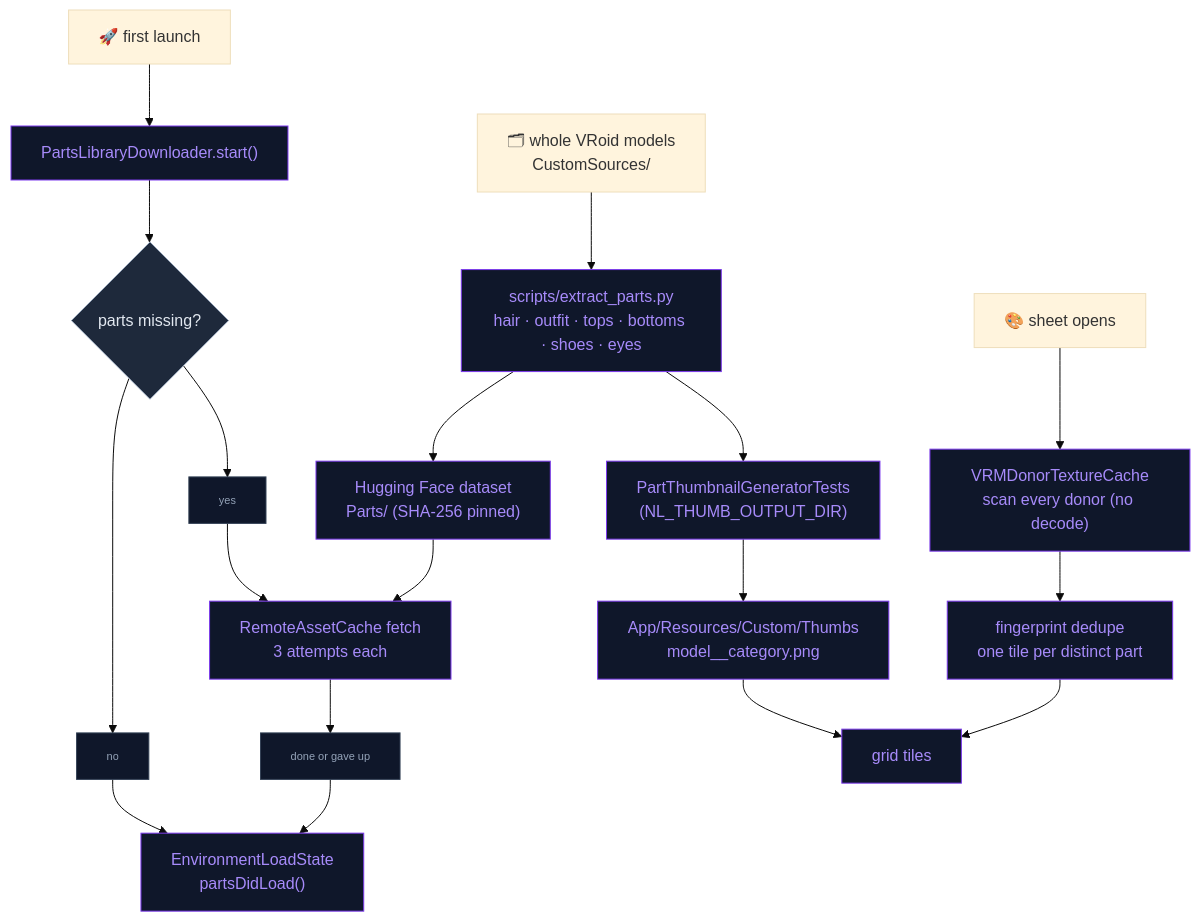
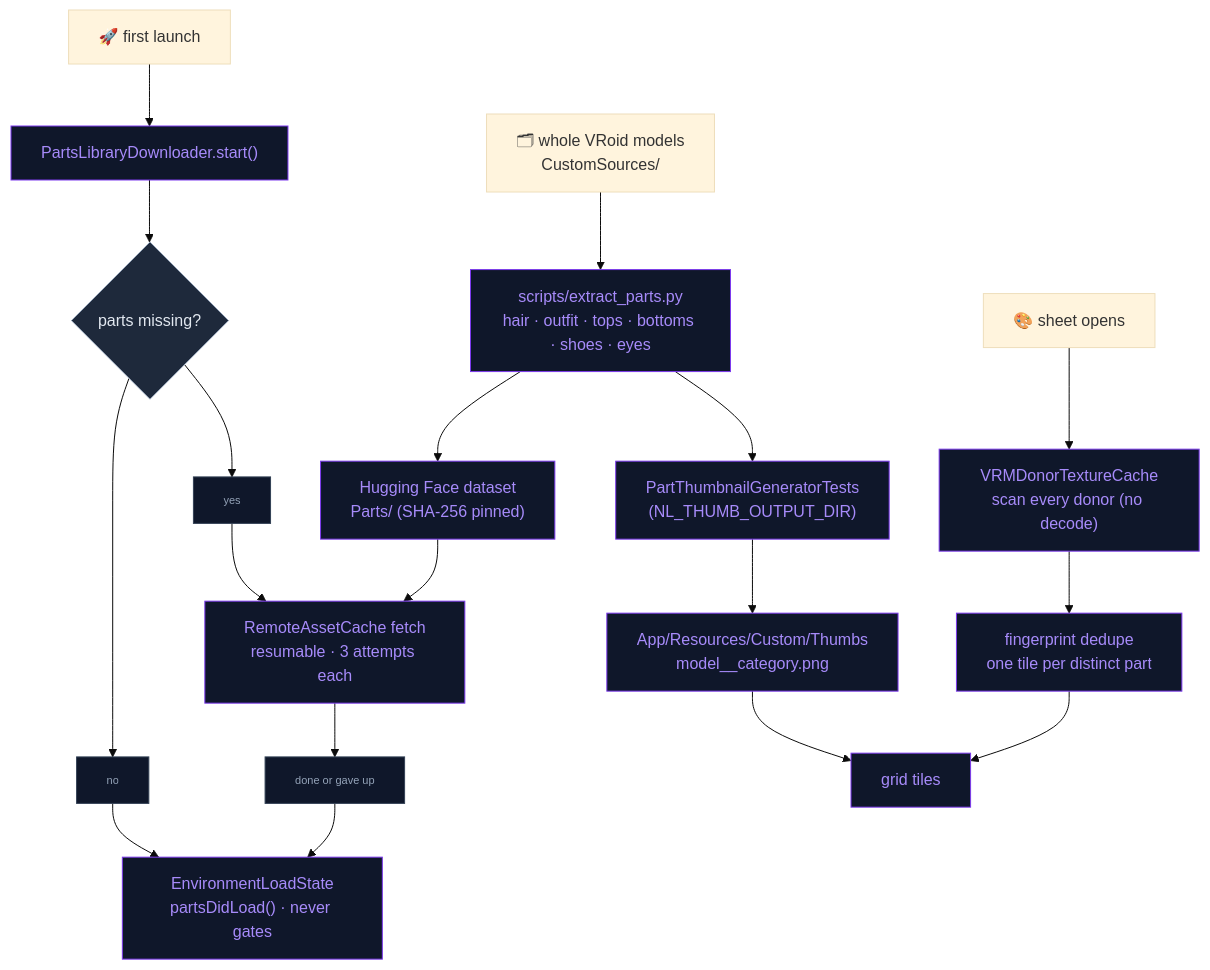
One commit to kevinliddel/NeuraLink changed the third of 3 diagrams in docs/CHARACTER_CUSTOMIZATION.md. Above: the diagram before and after it, drawn with Mermaid (base theme). The commit also changed other lines of this file and 84 other files, not shown here.

````diff
--- a/docs/CHARACTER_CUSTOMIZATION.md
+++ b/docs/CHARACTER_CUSTOMIZATION.md
@@ -314,30 +317,30 @@
 ```mermaid
 flowchart TD
     SRC["🗂 whole VRoid models<br/>CustomSources/"] --> EXTRACT["scripts/extract_parts.py<br/>hair · outfit · tops · bottoms · shoes · eyes"]
     EXTRACT --> HF["Hugging Face dataset<br/>Parts/ (SHA-256 pinned)"]
     EXTRACT --> GEN["PartThumbnailGeneratorTests<br/>(NL_THUMB_OUTPUT_DIR)"]
     GEN --> THUMBS["App/Resources/Custom/Thumbs<br/>model__category.png"]
 
     LAUNCH["🚀 first launch"] --> DL["PartsLibraryDownloader.start()"]
     DL --> MISSING{"parts missing?"}
-    MISSING --> D1["no"] --> GATE["EnvironmentLoadState<br/>partsDidLoad()"]
-    MISSING --> D2["yes"] --> FETCH["RemoteAssetCache fetch<br/>3 attempts each"]
+    MISSING --> D1["no"] --> GATE["EnvironmentLoadState<br/>partsDidLoad() · never gates"]
+    MISSING --> D2["yes"] --> FETCH["RemoteAssetCache fetch<br/>resumable · 3 attempts each"]
     HF --> FETCH
     FETCH --> D3["done or gave up"] --> GATE
 
     OPEN["🎨 sheet opens"] --> SCAN["VRMDonorTextureCache<br/>scan every donor (no decode)"]
     SCAN --> DEDUPE["fingerprint dedupe<br/>one tile per distinct part"]
     THUMBS --> TILES["grid tiles"]
     DEDUPE --> TILES
 
     %% Styles
     classDef core fill:#0f172a,stroke:#7c3aed,color:#a78bfa
     classDef decision fill:#1e293b,stroke:#94a3b8,color:#e2e8f0
 
     class EXTRACT,HF,GEN,THUMBS,DL,FETCH,GATE,SCAN,DEDUPE,TILES core
     class MISSING decision
 
     %% Data nodes (consistent system-wide)
     classDef data fill:#0f172a,stroke:#334155,color:#94a3b8,font-size:11px
     class D1,D2,D3 data
 ```
````
